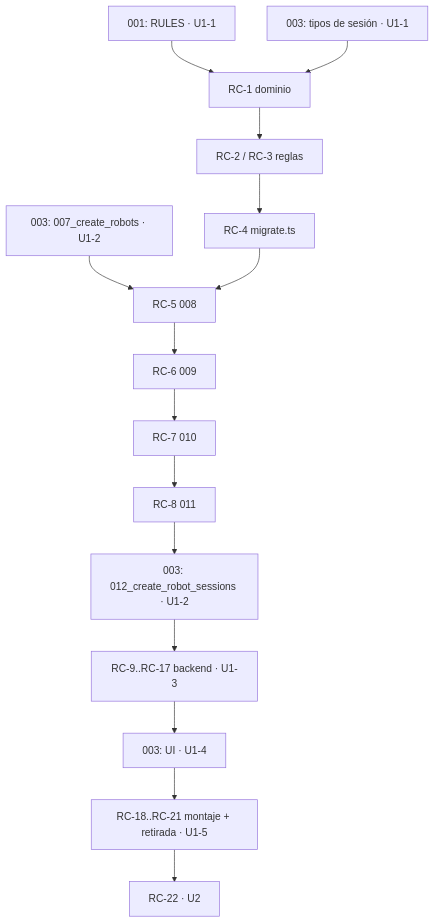
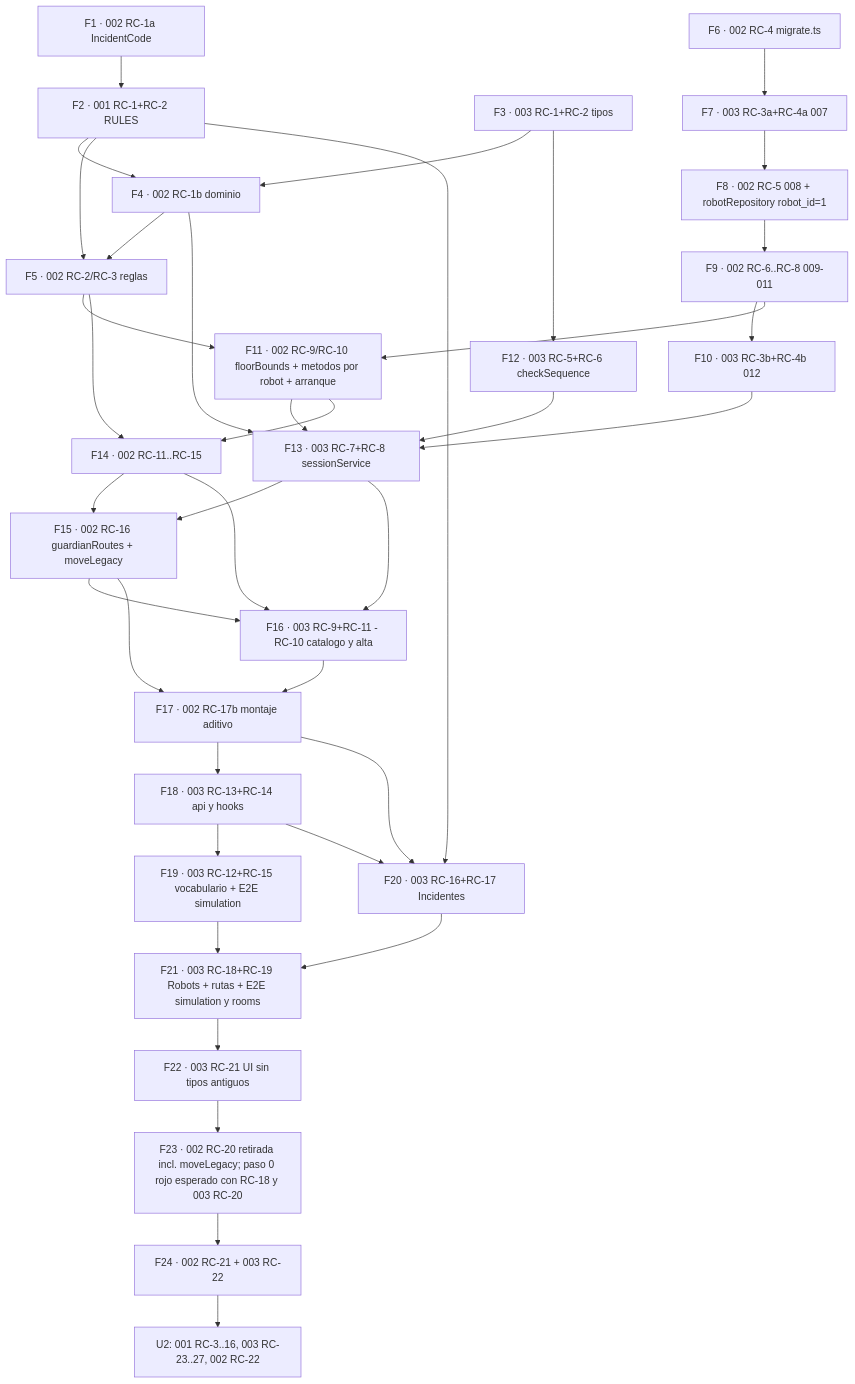
One commit to melyssaS/guardian-hogar-v2 changed the second of 2 diagrams in .kiro/specs/002-safety-guardian/tasks.md. Above: the diagram before and after it, drawn with Mermaid. The commit also changed other lines of this file and 8 other files, not shown here.

````diff
--- a/.kiro/specs/002-safety-guardian/tasks.md
+++ b/.kiro/specs/002-safety-guardian/tasks.md
@@ -236,15 +354,40 @@
 ```mermaid
 graph TD
-  R001[001: RULES · U1-1] --> RC1[RC-1 dominio]
-  S003a[003: tipos de sesión · U1-1] --> RC1
-  RC1 --> RC2[RC-2 / RC-3 reglas]
-  RC2 --> RC4[RC-4 migrate.ts]
-  S003b[003: 007_create_robots · U1-2] --> RC5[RC-5 008]
-  RC4 --> RC5
-  RC5 --> RC6[RC-6 009] --> RC7[RC-7 010] --> RC8[RC-8 011]
-  RC8 --> S003c[003: 012_create_robot_sessions · U1-2]
-  S003c --> RC9[RC-9..RC-17 backend · U1-3]
-  RC9 --> S003d[003: UI · U1-4]
-  S003d --> RC18[RC-18..RC-21 montaje + retirada · U1-5]
-  RC18 --> RC22[RC-22 · U2]
+  %% [RC-01 rev6] Una arista por dependencia de la tabla "Orden intercalado de U1" (filas F1..F24; la fila 16 de la rev5 se eliminó)
+  F1[F1 · 002 RC-1a IncidentCode] --> F2[F2 · 001 RC-1+RC-2 RULES]
+  F2 --> F4[F4 · 002 RC-1b dominio]
+  F3[F3 · 003 RC-1+RC-2 tipos] --> F4
+  F2 --> F5[F5 · 002 RC-2/RC-3 reglas]
+  F4 --> F5
+  F6[F6 · 002 RC-4 migrate.ts] --> F7[F7 · 003 RC-3a+RC-4a 007]
+  F7 --> F8[F8 · 002 RC-5 008 + robotRepository robot_id=1]
+  F8 --> F9[F9 · 002 RC-6..RC-8 009-011]
+  F9 --> F10[F10 · 003 RC-3b+RC-4b 012]
+  F5 --> F11[F11 · 002 RC-9/RC-10 floorBounds + metodos por robot + arranque]
+  F9 --> F11
+  F3 --> F12[F12 · 003 RC-5+RC-6 checkSequence]
+  F4 --> F13[F13 · 003 RC-7+RC-8 sessionService]
+  F10 --> F13
+  F11 --> F13
+  F12 --> F13
+  F5 --> F14[F14 · 002 RC-11..RC-15]
+  F11 --> F14
+  F13 --> F15[F15 · 002 RC-16 guardianRoutes + moveLegacy]
+  F14 --> F15
+  F13 --> F16[F16 · 003 RC-9+RC-11 - RC-10 catalogo y alta]
+  F14 --> F16
+  F15 --> F16
+  F15 --> F17[F17 · 002 RC-17b montaje aditivo]
+  F16 --> F17
+  F17 --> F18[F18 · 003 RC-13+RC-14 api y hooks]
+  F18 --> F19[F19 · 003 RC-12+RC-15 vocabulario + E2E simulation]
+  F2 --> F20[F20 · 003 RC-16+RC-17 Incidentes]
+  F17 --> F20
+  F18 --> F20
+  F19 --> F21[F21 · 003 RC-18+RC-19 Robots + rutas + E2E simulation y rooms]
+  F20 --> F21
+  F21 --> F22[F22 · 003 RC-21 UI sin tipos antiguos]
+  F22 --> F23[F23 · 002 RC-20 retirada incl. moveLegacy; paso 0 rojo esperado con RC-18 y 003 RC-20]
+  F23 --> F24[F24 · 002 RC-21 + 003 RC-22]
+  F24 --> U2[U2: 001 RC-3..16, 003 RC-23..27, 002 RC-22]
 ```
````
